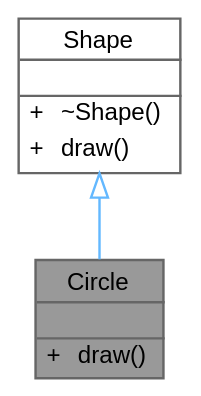
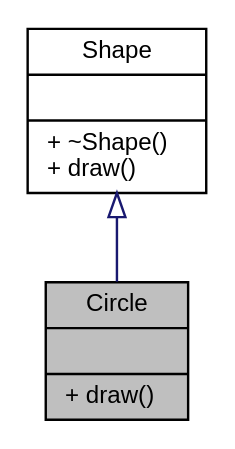
The diagram in classCircle__inherit__graph.dot (oshkines/otus-cpp-prof), drawn with Graphviz before and after one commit. The commit also changed 156 other files, not shown here.

```diff
--- a/classCircle__inherit__graph.dot
+++ b/classCircle__inherit__graph.dot
@@ -1,23 +1,9 @@
 digraph "Circle"
 {
  // LATEX_PDF_SIZE
-  bgcolor="transparent";
-  edge [fontname=Helvetica,fontsize=10,labelfontname=Helvetica,labelfontsize=10];
-  node [fontname=Helvetica,fontsize=10,shape=box,height=0.2,width=0.4];
-  Node1 [id="Node000001",shape=plain,label=<<TABLE CELLBORDER="0" BORDER="1"><TR><TD COLSPAN="2" CELLPADDING="1" CELLSPACING="0">Circle</TD></TR>
-<HR/>
-<TR><TD COLSPAN="2" CELLPADDING="1" CELLSPACING="0">&nbsp;</TD></TR>
-<HR/>
-<TR><TD VALIGN="top" CELLPADDING="1" CELLSPACING="0">+</TD><TD VALIGN="top" ALIGN="LEFT" CELLPADDING="1" CELLSPACING="0">draw()<BR ALIGN="LEFT"/></TD></TR>
-</TABLE>>
-,height=0.2,width=0.4,color="gray40", fillcolor="grey60", style="filled", fontcolor="black",tooltip=" "];
-  Node2 -> Node1 [id="edge1_Node000001_Node000002",dir="back",color="steelblue1",style="solid",tooltip=" ",arrowtail="onormal"];
-  Node2 [id="Node000002",shape=plain,label=<<TABLE CELLBORDER="0" BORDER="1"><TR><TD COLSPAN="2" CELLPADDING="1" CELLSPACING="0">Shape</TD></TR>
-<HR/>
-<TR><TD COLSPAN="2" CELLPADDING="1" CELLSPACING="0">&nbsp;</TD></TR>
-<HR/>
-<TR><TD VALIGN="top" CELLPADDING="1" CELLSPACING="0">+</TD><TD VALIGN="top" ALIGN="LEFT" CELLPADDING="1" CELLSPACING="0">~Shape()<BR ALIGN="LEFT"/></TD></TR>
-<TR><TD VALIGN="top" CELLPADDING="1" CELLSPACING="0">+</TD><TD VALIGN="top" ALIGN="LEFT" CELLPADDING="1" CELLSPACING="0">draw()<BR ALIGN="LEFT"/></TD></TR>
-</TABLE>>
-,height=0.2,width=0.4,color="gray40", fillcolor="white", style="filled",URL="$classShape.html",tooltip=" "];
+  edge [fontname="Helvetica",fontsize="10",labelfontname="Helvetica",labelfontsize="10"];
+  node [fontname="Helvetica",fontsize="10",shape=record];
+  Node1 [label="{Circle\n||+ draw()\l}",height=0.2,width=0.4,color="black", fillcolor="grey75", style="filled", fontcolor="black",tooltip=" "];
+  Node2 -> Node1 [dir="back",color="midnightblue",fontsize="10",style="solid",arrowtail="onormal",fontname="Helvetica"];
+  Node2 [label="{Shape\n||+ ~Shape()\l+ draw()\l}",height=0.2,width=0.4,color="black", fillcolor="white", style="filled",URL="$classShape.html",tooltip=" "];
 }
```
